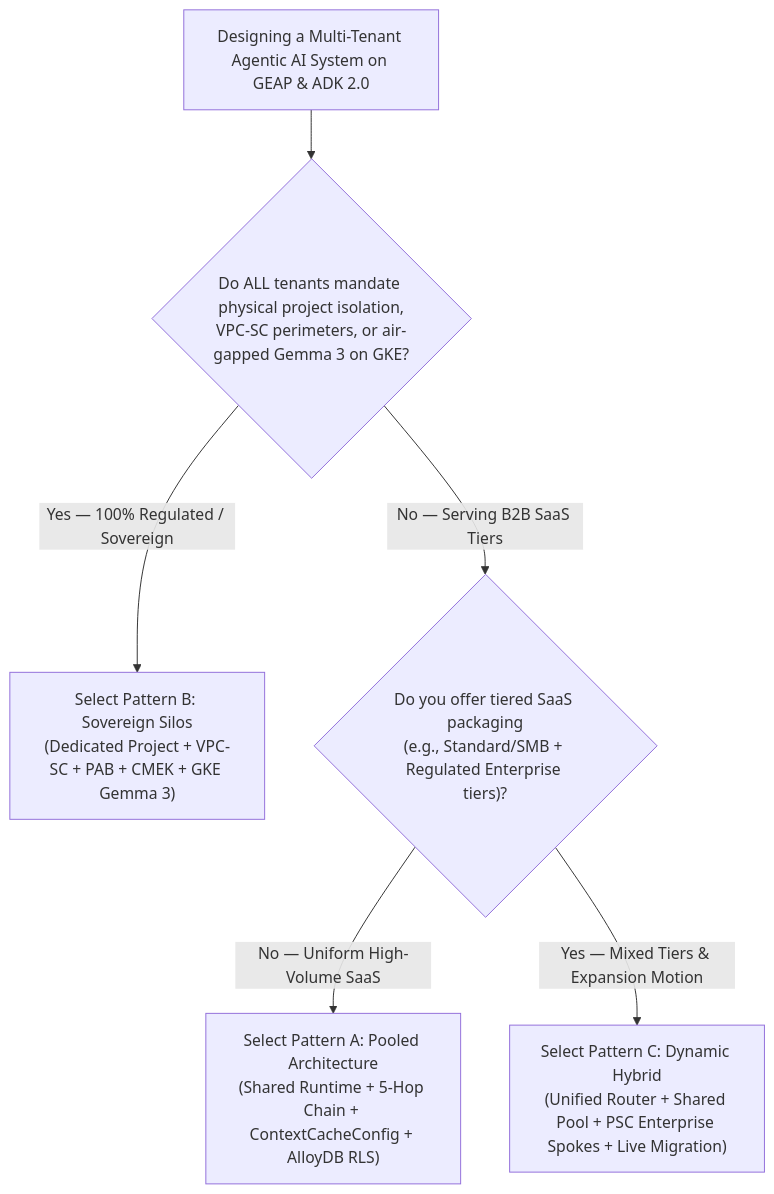
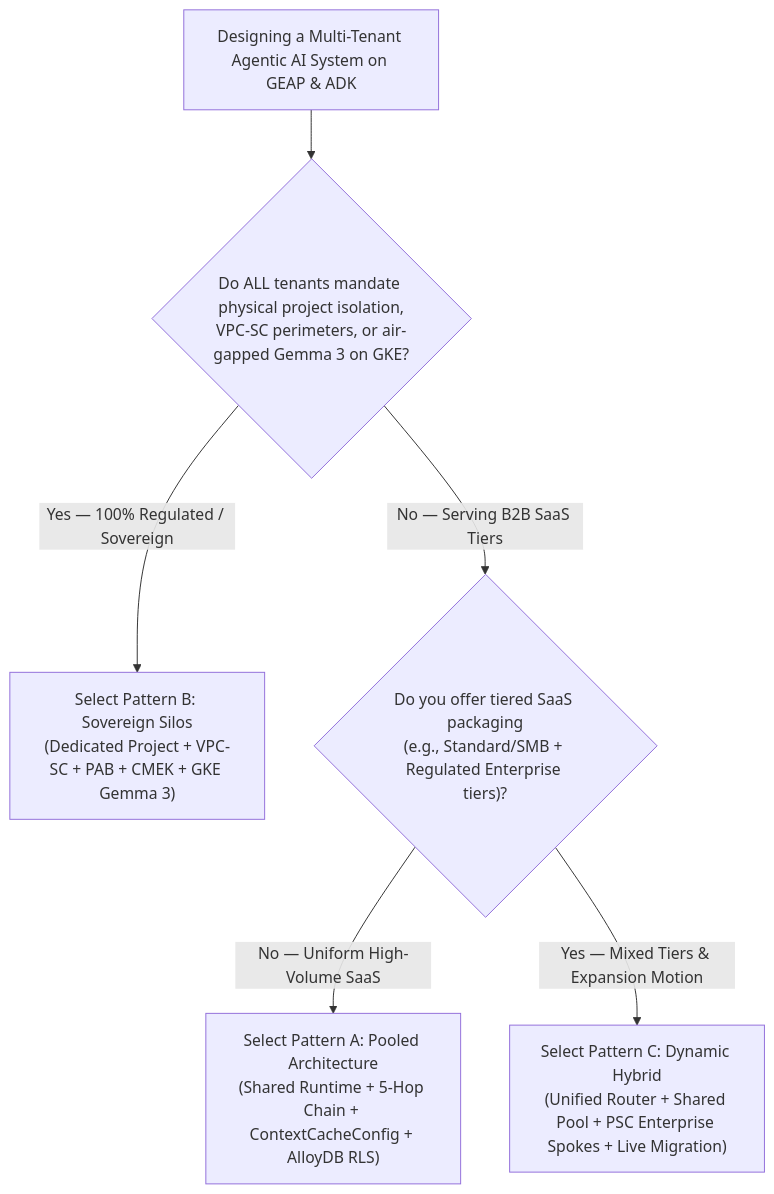
Before and after one commit to nitinaggarwal-12/blogs: the diagram in workstream-5-wrap-up-and-backlog/5.1-pattern-comparison-and-decision-guide.md, drawn with Mermaid. The commit also changed other lines of this file and 149 other files, not shown here.

Commit message:
chore(publication): purge ungrounded claims, personal/Merck IDs, and internal codenames across all blogs, diagrams, decks, and screenshots

````diff
--- a/workstream-5-wrap-up-and-backlog/5.1-pattern-comparison-and-decision-guide.md
+++ b/workstream-5-wrap-up-and-backlog/5.1-pattern-comparison-and-decision-guide.md
@@ -34,8 +34,8 @@
 ```mermaid
 flowchart TD
-    Start["Designing a Multi-Tenant Agentic AI System on GEAP & ADK 2.0"] --> Q1{"Do ALL tenants mandate physical project isolation,\nVPC-SC perimeters, or air-gapped Gemma 3 on GKE?"}
+    Start["Designing a Multi-Tenant Agentic AI System on GEAP & ADK"] --> Q1{"Do ALL tenants mandate physical project isolation,\nVPC-SC perimeters, or air-gapped Gemma 3 on GKE?"}
     Q1 -->|Yes — 100% Regulated / Sovereign| PatB["Select Pattern B: Sovereign Silos\n(Dedicated Project + VPC-SC + PAB + CMEK + GKE Gemma 3)"]
     Q1 -->|No — Serving B2B SaaS Tiers| Q2{"Do you offer tiered SaaS packaging\n(e.g., Standard/SMB + Regulated Enterprise tiers)?"}
     Q2 -->|No — Uniform High-Volume SaaS| PatA["Select Pattern A: Pooled Architecture\n(Shared Runtime + 5-Hop Chain + ContextCacheConfig + AlloyDB RLS)"]
     Q2 -->|Yes — Mixed Tiers & Expansion Motion| PatC["Select Pattern C: Dynamic Hybrid\n(Unified Router + Shared Pool + PSC Enterprise Spokes + Live Migration)"]
 ```
````
